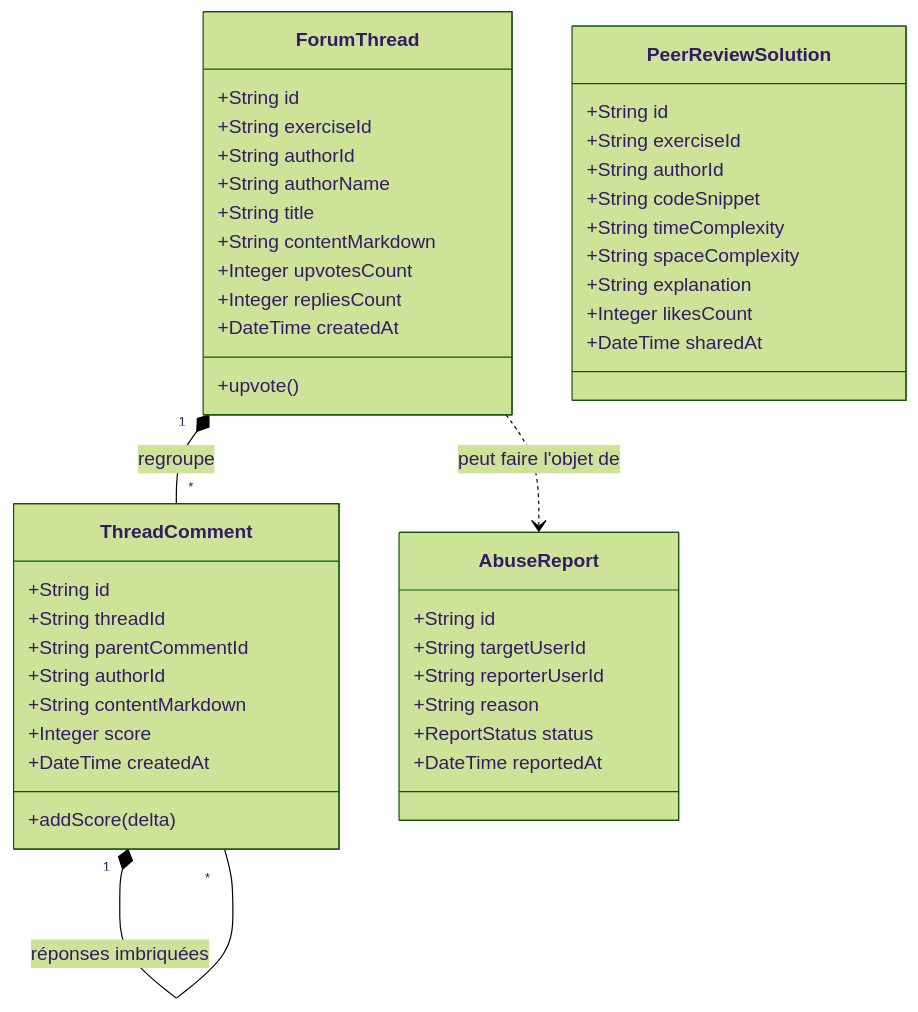
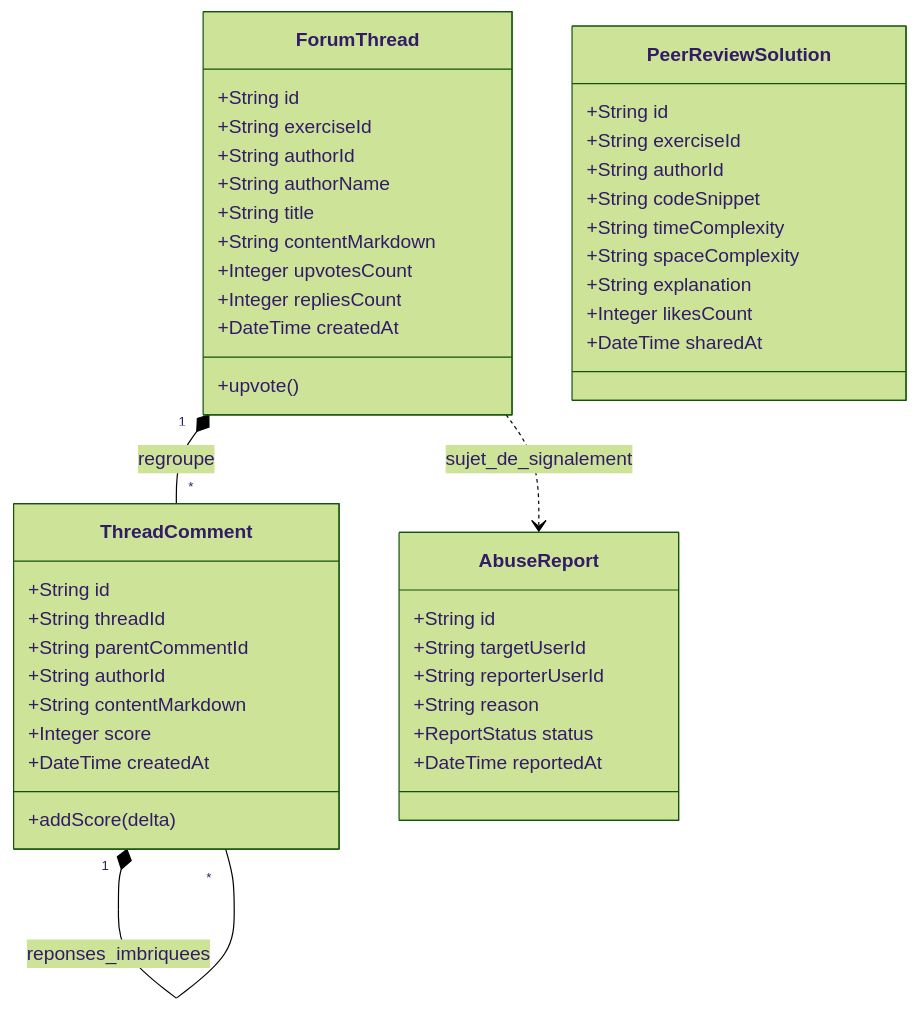
The diagram in Documentation/Diagrams/class_community_service.mmd (Architecture-web/projet), drawn with Mermaid (forest theme) before and after one commit. The commit also changed 7 other files, not shown here.

Commit message:
fix(diagrams): normalisation des labels de relations dans tous les diagrammes de classes Mermaid

```diff
--- a/Documentation/Diagrams/class_community_service.mmd
+++ b/Documentation/Diagrams/class_community_service.mmd
@@ -1,49 +1,49 @@
 classDiagram
     class ForumThread {
         +String id
         +String exerciseId
         +String authorId
         +String authorName
         +String title
         +String contentMarkdown
         +Integer upvotesCount
         +Integer repliesCount
         +DateTime createdAt
         +upvote()
     }
 
     class ThreadComment {
         +String id
         +String threadId
         +String parentCommentId
         +String authorId
         +String contentMarkdown
         +Integer score
         +DateTime createdAt
         +addScore(delta)
     }
 
     class PeerReviewSolution {
         +String id
         +String exerciseId
         +String authorId
         +String codeSnippet
         +String timeComplexity
         +String spaceComplexity
         +String explanation
         +Integer likesCount
         +DateTime sharedAt
     }
 
     class AbuseReport {
         +String id
         +String targetUserId
         +String reporterUserId
         +String reason
         +ReportStatus status
         +DateTime reportedAt
     }
 
     ForumThread "1" *-- "*" ThreadComment : regroupe
-    ThreadComment "1" *-- "*" ThreadComment : réponses imbriquées
-    ForumThread ..> AbuseReport : peut faire l'objet de
+    ThreadComment "1" *-- "*" ThreadComment : reponses_imbriquees
+    ForumThread ..> AbuseReport : sujet_de_signalement
```
